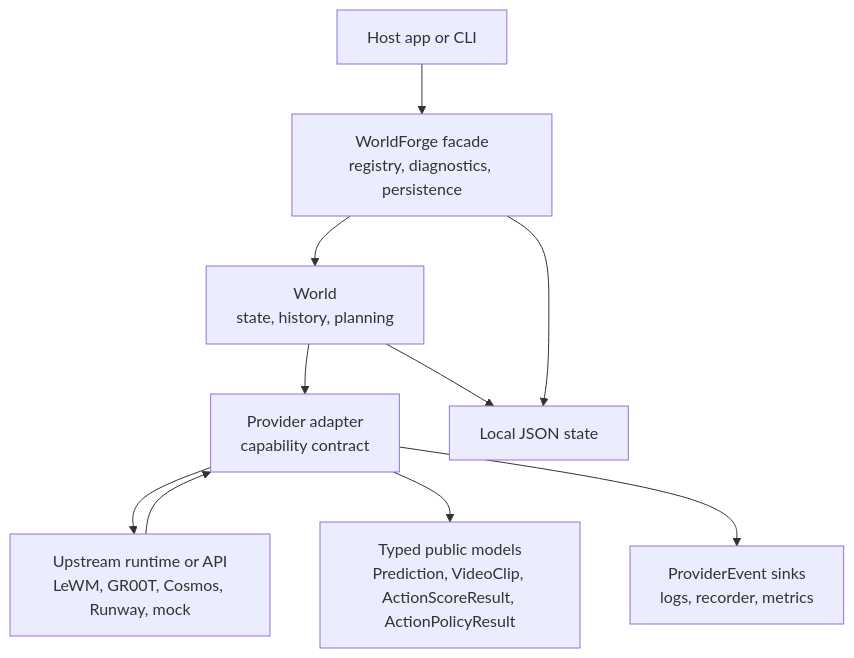
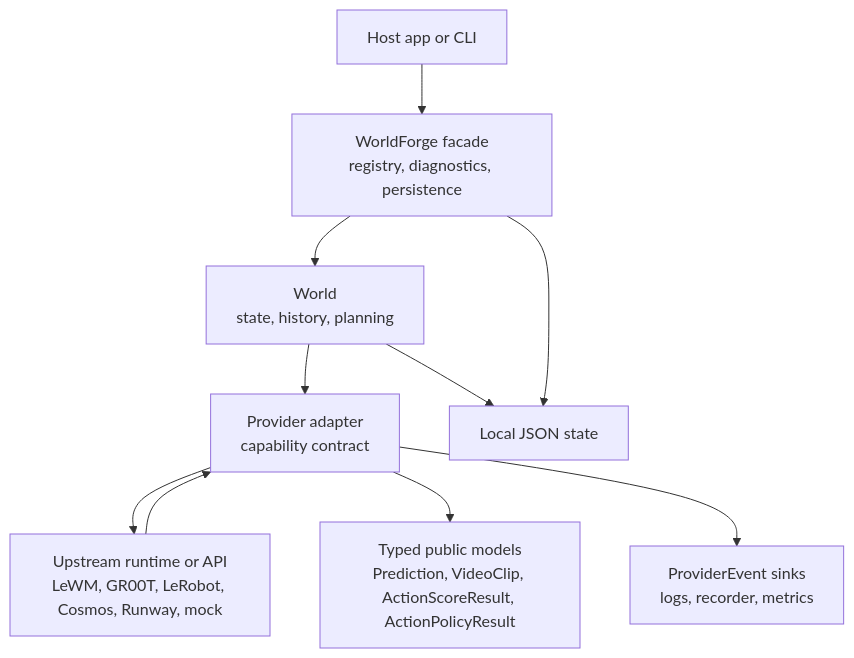
The first of 4 diagrams in docs/src/architecture.md (omarespejel/worldforge), drawn with Mermaid before and after one commit. The commit also changed other lines of this file and 26 other files, not shown here.

Commit message:
Clarify provider architecture and docs

````diff
--- a/docs/src/architecture.md
+++ b/docs/src/architecture.md
@@ -81,21 +83,21 @@
 ```mermaid
 flowchart TD
     Host[Host app or CLI]
     Forge[WorldForge facade\nregistry, diagnostics, persistence]
     World[World\nstate, history, planning]
     Provider[Provider adapter\ncapability contract]
-    Upstream[Upstream runtime or API\nLeWM, GR00T, Cosmos, Runway, mock]
+    Upstream[Upstream runtime or API\nLeWM, GR00T, LeRobot, Cosmos, Runway, mock]
     Models[Typed public models\nPrediction, VideoClip, ActionScoreResult, ActionPolicyResult]
     Obs[ProviderEvent sinks\nlogs, recorder, metrics]
     Store[Local JSON state]
 
     Host --> Forge
     Forge --> World
     World --> Provider
     Provider --> Upstream
     Upstream --> Provider
     Provider --> Models
     Provider --> Obs
     World --> Store
     Forge --> Store
 ```
````
